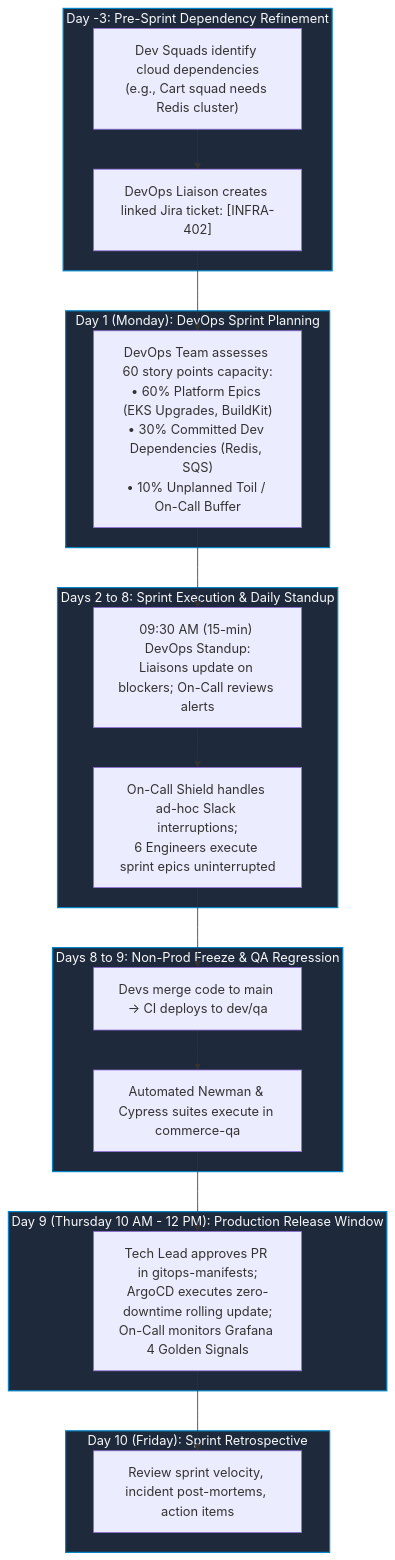
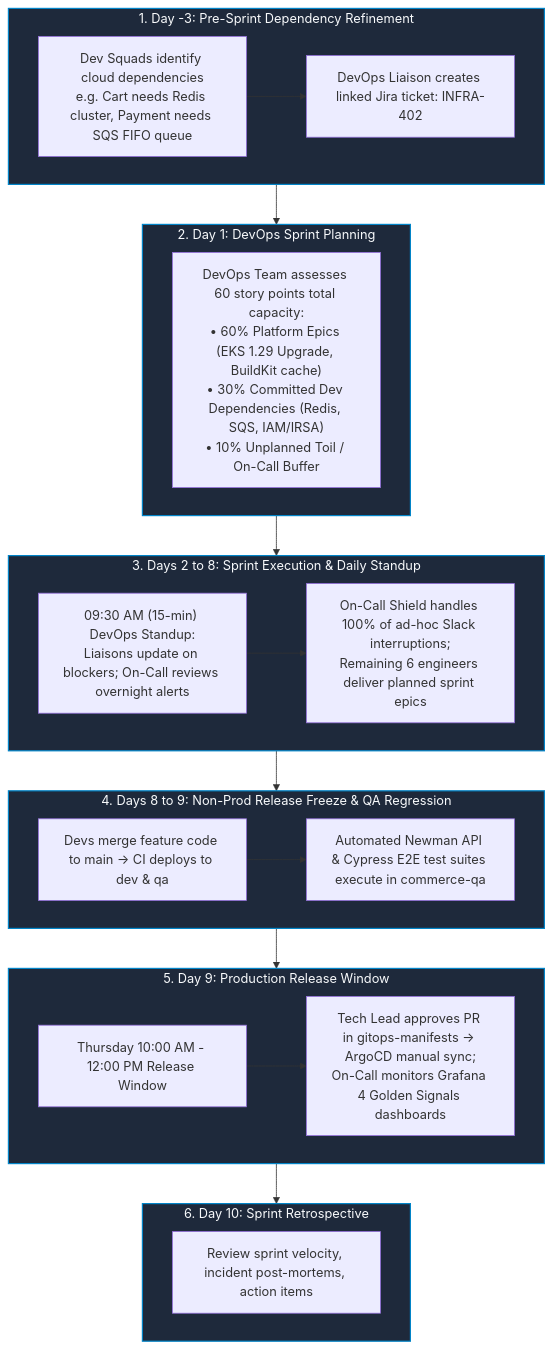
Before and after one commit to pvsafwa/devops-course-playbook: the fourth of 12 diagrams in DevOps_CI_CD_Master_Engineering_Blueprint.md, drawn with Mermaid. The commit also changed other lines of this file, not shown here.

````diff
--- a/DevOps_CI_CD_Master_Engineering_Blueprint.md
+++ b/DevOps_CI_CD_Master_Engineering_Blueprint.md
@@ -230,39 +206,39 @@
 ```mermaid
 flowchart TD
-    subgraph PreSprint["Day -3: Pre-Sprint Dependency Refinement"]
-        DevRefine["Dev Squads identify cloud dependencies<br/>(e.g., Cart squad needs Redis cluster)"]
-        TicketCreate["DevOps Liaison creates linked Jira ticket: [INFRA-402]"]
+    subgraph Step1["1. Day -3: Pre-Sprint Dependency Refinement"]
+        DevRefine["Dev Squads identify cloud dependencies<br/>e.g. Cart needs Redis cluster, Payment needs SQS FIFO queue"]
+        TicketCreate["DevOps Liaison creates linked Jira ticket: INFRA-402"]
         DevRefine --> TicketCreate
     end
 
-    subgraph SprintPlan["Day 1 (Monday): DevOps Sprint Planning"]
-        Capacity["DevOps Team assesses 60 story points capacity:<br/>• 60% Platform Epics (EKS Upgrades, BuildKit)<br/>• 30% Committed Dev Dependencies (Redis, SQS)<br/>• 10% Unplanned Toil / On-Call Buffer"]
+    subgraph Step2["2. Day 1: DevOps Sprint Planning"]
+        Capacity["DevOps Team assesses 60 story points total capacity:<br/>• 60% Platform Epics (EKS 1.29 Upgrade, BuildKit cache)<br/>• 30% Committed Dev Dependencies (Redis, SQS, IAM/IRSA)<br/>• 10% Unplanned Toil / On-Call Buffer"]
     end
 
-    subgraph Execution["Days 2 to 8: Sprint Execution & Daily Standup"]
-        Standup["09:30 AM (15-min) DevOps Standup:<br/>Liaisons update on blockers; On-Call reviews alerts"]
-        Shielding["On-Call Shield handles ad-hoc Slack interruptions;<br/>6 Engineers execute sprint epics uninterrupted"]
+    subgraph Step3["3. Days 2 to 8: Sprint Execution & Daily Standup"]
+        Standup["09:30 AM (15-min) DevOps Standup:<br/>Liaisons update on blockers; On-Call reviews overnight alerts"]
+        Shielding["On-Call Shield handles 100% of ad-hoc Slack interruptions;<br/>Remaining 6 engineers deliver planned sprint epics"]
         Standup --> Shielding
     end
 
-    subgraph ReleaseCycle["Days 8 to 9: Non-Prod Freeze & QA Regression"]
-        CodeMerge["Devs merge code to main -> CI deploys to dev/qa"]
-        QASuite["Automated Newman & Cypress suites execute in commerce-qa"]
+    subgraph Step4["4. Days 8 to 9: Non-Prod Release Freeze & QA Regression"]
+        CodeMerge["Devs merge feature code to main -> CI deploys to dev & qa"]
+        QASuite["Automated Newman API & Cypress E2E test suites execute in commerce-qa"]
         CodeMerge --> QASuite
     end
 
-    subgraph ProdRelease["Day 9 (Thursday 10 AM - 12 PM): Production Release Window"]
-        ProdSync["Tech Lead approves PR in gitops-manifests;<br/>ArgoCD executes zero-downtime rolling update;<br/>On-Call monitors Grafana 4 Golden Signals"]
+    subgraph Step5["5. Day 9: Production Release Window"]
+        ReleaseTime["Thursday 10:00 AM - 12:00 PM Release Window"]
+        ProdSync["Tech Lead approves PR in gitops-manifests -> ArgoCD manual sync;<br/>On-Call monitors Grafana 4 Golden Signals dashboards"]
+        ReleaseTime --> ProdSync
     end
 
-    subgraph Retro["Day 10 (Friday): Sprint Retrospective"]
-        Review["Review sprint velocity, incident post-mortems, action items"]
+    subgraph Step6["6. Day 10: Sprint Retrospective"]
+        Retro["Review sprint velocity, incident post-mortems, action items"]
     end
 
-    TicketCreate --> Capacity --> Standup
-    Shielding --> CodeMerge
-    QASuite --> ProdSync --> Review
+    Step1 --> Step2 --> Step3 --> Step4 --> Step5 --> Step6
 
     classDef stage fill:#1e293b,stroke:#0284c7,stroke-width:1.5px,color:#f8fafc;
-    class PreSprint,SprintPlan,Execution,ReleaseCycle,ProdRelease,Retro stage;
+    class Step1,Step2,Step3,Step4,Step5,Step6 stage;
 ```
````
